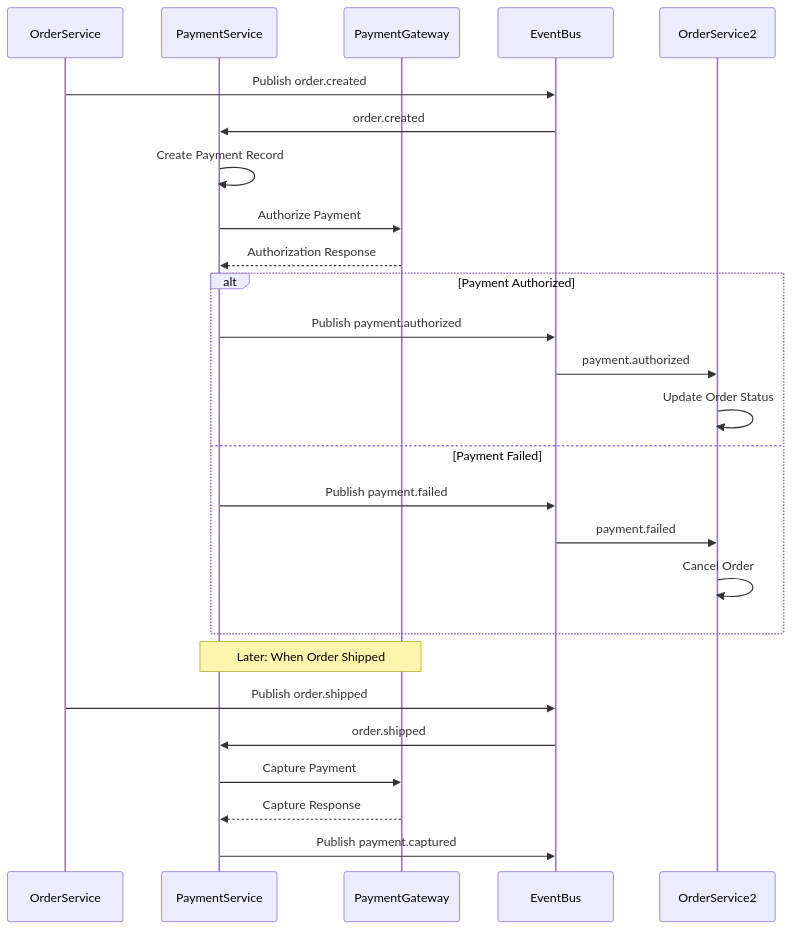
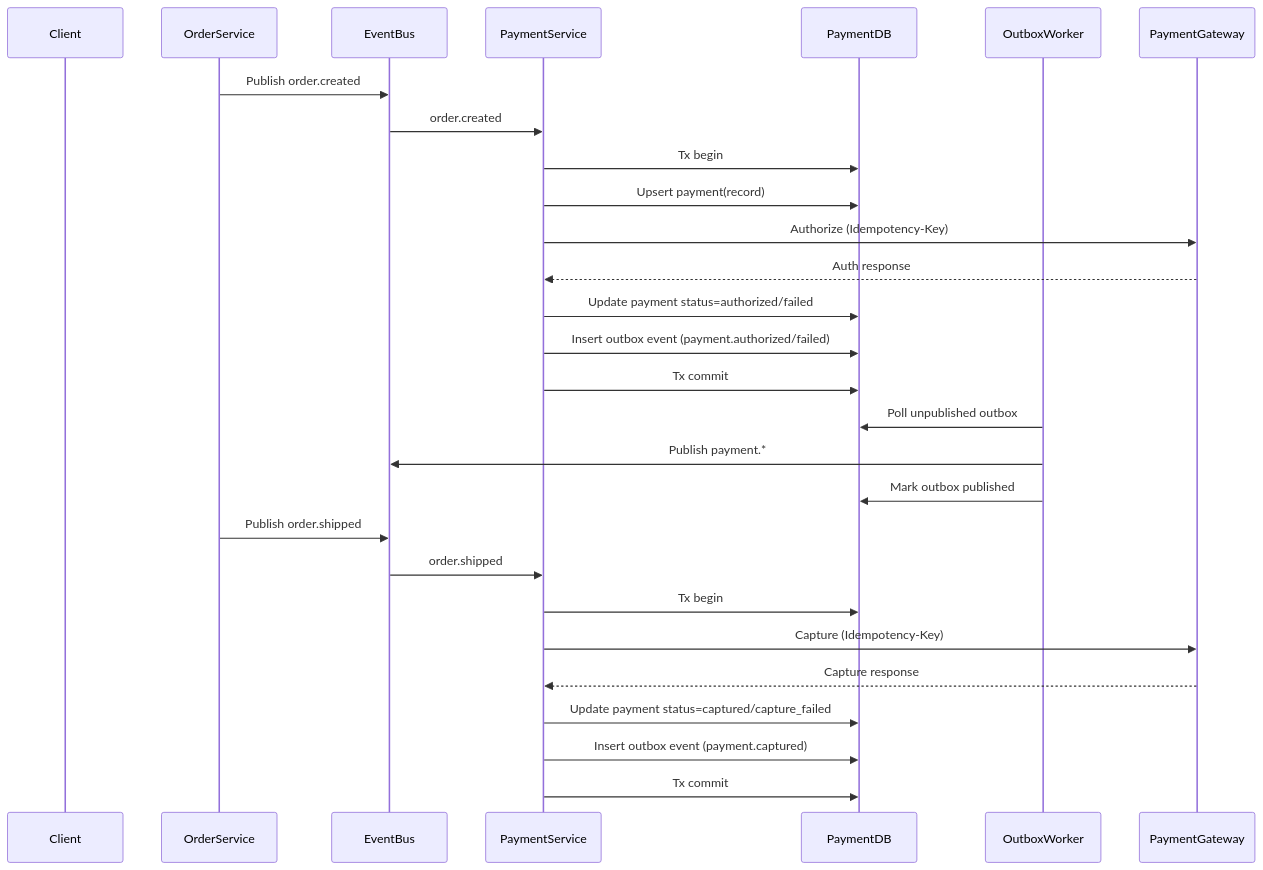
One commit to vesviet/Composable-Commerce-Service-Architecture changed the first of 2 diagrams in processes/payment-processing-process.md. Above: the diagram before and after it, drawn with Mermaid. The commit also changed other lines of this file and 19 other files, not shown here.

````diff
--- a/processes/payment-processing-process.md
+++ b/processes/payment-processing-process.md
@@ -59,32 +88,39 @@
 ```mermaid
 sequenceDiagram
+    participant Client
     participant OrderService
+    participant EventBus
     participant PaymentService
+    participant PaymentDB
+    participant OutboxWorker
     participant PaymentGateway
-    participant EventBus
-    participant OrderService2
 
+    %% Order created event
     OrderService->>EventBus: Publish order.created
     EventBus->>PaymentService: order.created
-    
-    PaymentService->>PaymentService: Create Payment Record
-    PaymentService->>PaymentGateway: Authorize Payment
-    PaymentGateway-->>PaymentService: Authorization Response
-    
-    alt Payment Authorized
-        PaymentService->>EventBus: Publish payment.authorized
-        EventBus->>OrderService2: payment.authorized
-        OrderService2->>OrderService2: Update Order Status
-    else Payment Failed
-        PaymentService->>EventBus: Publish payment.failed
-        EventBus->>OrderService2: payment.failed
-        OrderService2->>OrderService2: Cancel Order
-    end
-    
-    Note over PaymentService,PaymentGateway: Later: When Order Shipped
+
+    %% Payment authorize (async job or internal handler)
+    PaymentService->>PaymentDB: Tx begin
+    PaymentService->>PaymentDB: Upsert payment(record)
+    PaymentService->>PaymentGateway: Authorize (Idempotency-Key)
+    PaymentGateway-->>PaymentService: Auth response
+    PaymentService->>PaymentDB: Update payment status=authorized/failed
+    PaymentService->>PaymentDB: Insert outbox event (payment.authorized/failed)
+    PaymentService->>PaymentDB: Tx commit
+
+    %% Outbox publication
+    OutboxWorker->>PaymentDB: Poll unpublished outbox
+    OutboxWorker->>EventBus: Publish payment.*
+    OutboxWorker->>PaymentDB: Mark outbox published
+
+    %% Capture (triggered by order.shipped)
     OrderService->>EventBus: Publish order.shipped
     EventBus->>PaymentService: order.shipped
-    PaymentService->>PaymentGateway: Capture Payment
-    PaymentGateway-->>PaymentService: Capture Response
-    PaymentService->>EventBus: Publish payment.captured
+
+    PaymentService->>PaymentDB: Tx begin
+    PaymentService->>PaymentGateway: Capture (Idempotency-Key)
+    PaymentGateway-->>PaymentService: Capture response
+    PaymentService->>PaymentDB: Update payment status=captured/capture_failed
+    PaymentService->>PaymentDB: Insert outbox event (payment.captured)
+    PaymentService->>PaymentDB: Tx commit
 ```
````
